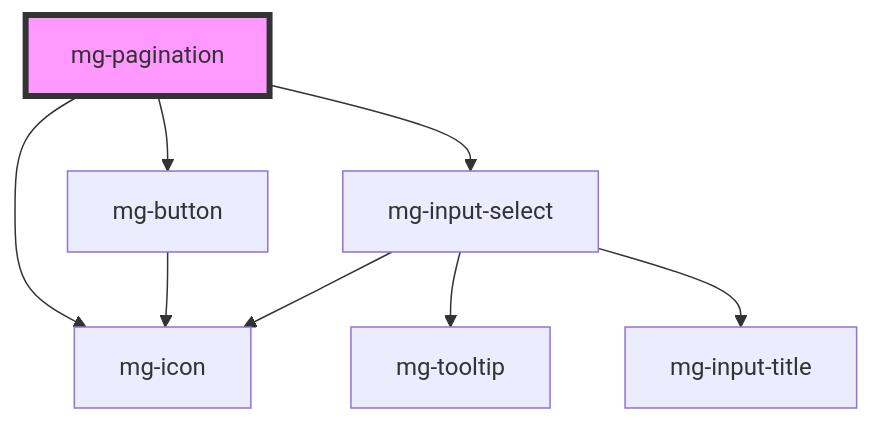
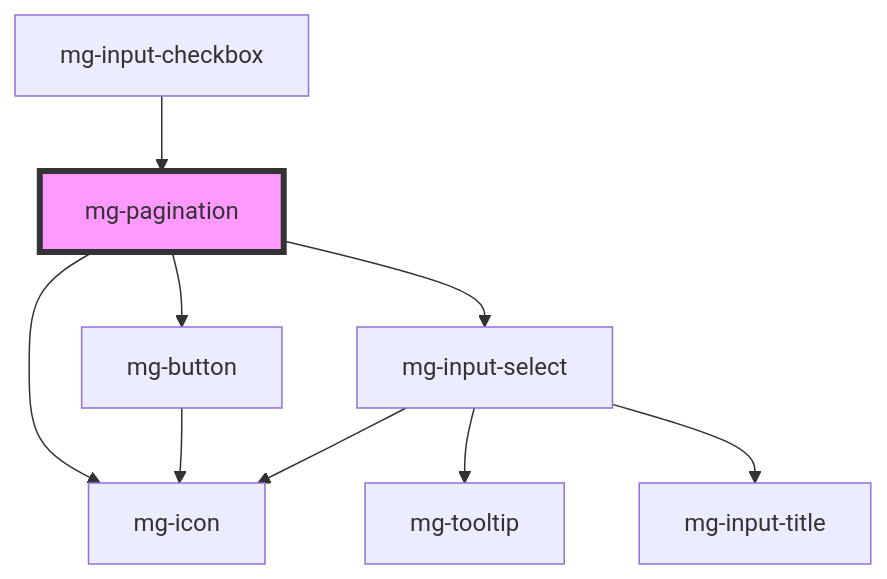
The diagram in packages/mg-components/src/components/molecules/mg-pagination/readme.md (MGDIS/core-ui), drawn with Mermaid before and after one commit. The commit also changed other lines of this file and 11 other files, not shown here.

First line of the commit message:
feat(mgInputCheckbox): add search features

````diff
--- a/packages/mg-components/src/components/molecules/mg-pagination/readme.md
+++ b/packages/mg-components/src/components/molecules/mg-pagination/readme.md
@@ -43,11 +45,12 @@
 ```mermaid
 graph TD;
   mg-pagination --> mg-button
   mg-pagination --> mg-icon
   mg-pagination --> mg-input-select
   mg-button --> mg-icon
   mg-input-select --> mg-tooltip
   mg-input-select --> mg-icon
   mg-input-select --> mg-input-title
+  mg-input-checkbox --> mg-pagination
   style mg-pagination fill:#f9f,stroke:#333,stroke-width:4px
 ```
````
